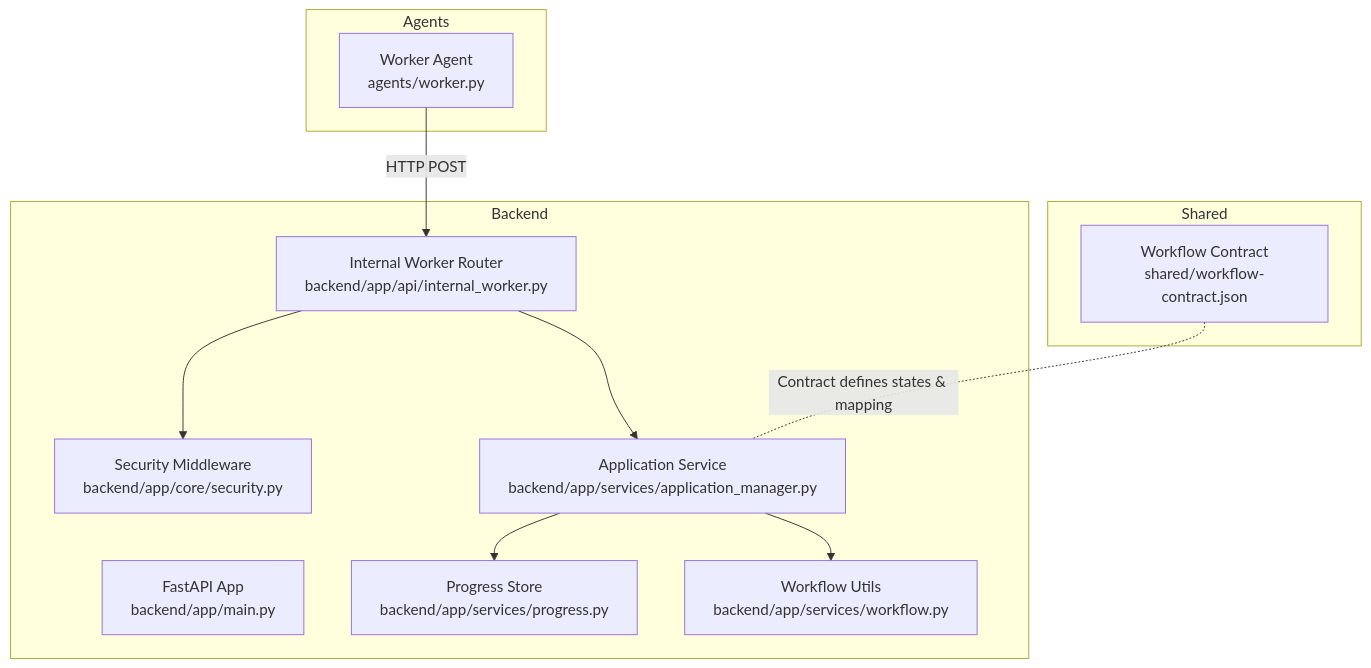
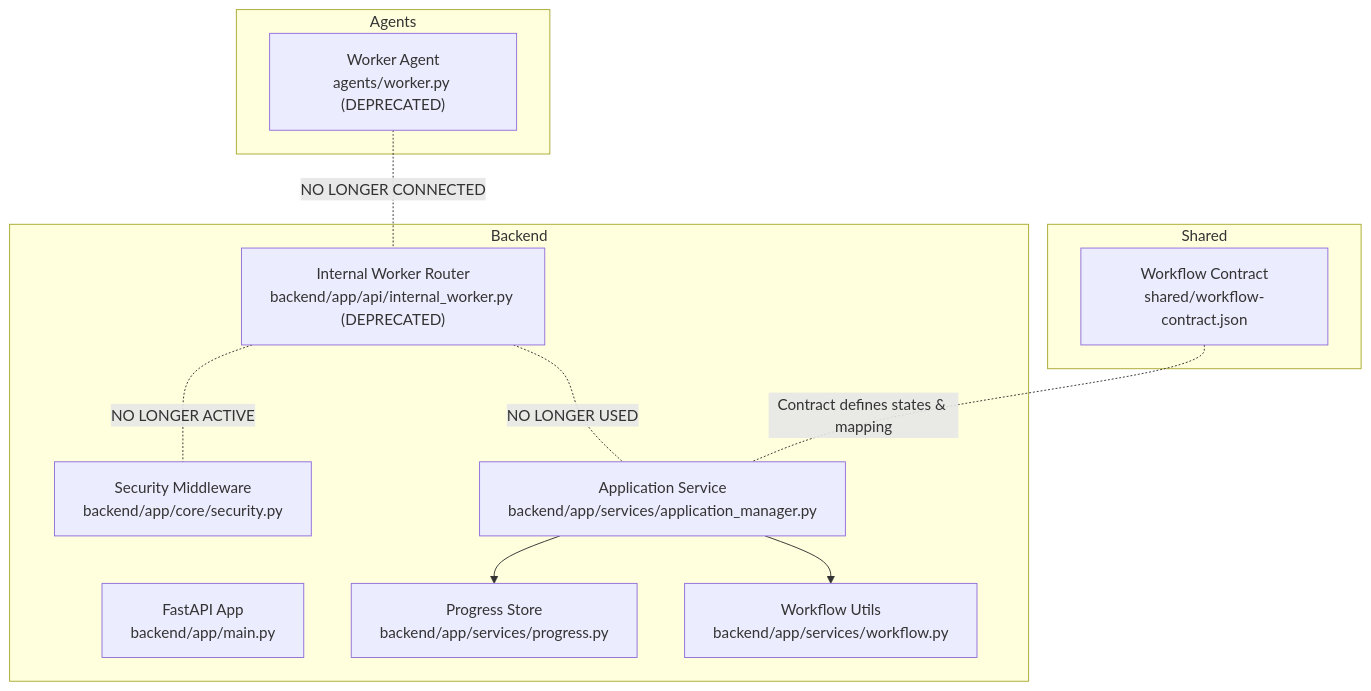
One commit to sankaL/resume-app changed the first of 3 diagrams in .qoder/repowiki/en/content/Backend API/API Endpoints/Internal Worker API.md. Above: the diagram before and after it, drawn with Mermaid. The commit also changed other lines of this file and 7 other files, not shown here.

````diff
--- a/.qoder/repowiki/en/content/Backend API/API Endpoints/Internal Worker API.md
+++ b/.qoder/repowiki/en/content/Backend API/API Endpoints/Internal Worker API.md
@@ -41,23 +51,23 @@
 ```mermaid
 graph TB
 subgraph "Backend"
 A["FastAPI App<br/>backend/app/main.py"]
-B["Internal Worker Router<br/>backend/app/api/internal_worker.py"]
+B["Internal Worker Router<br/>backend/app/api/internal_worker.py (DEPRECATED)"]
 C["Security Middleware<br/>backend/app/core/security.py"]
 D["Application Service<br/>backend/app/services/application_manager.py"]
 E["Progress Store<br/>backend/app/services/progress.py"]
 F["Workflow Utils<br/>backend/app/services/workflow.py"]
 end
 subgraph "Agents"
-G["Worker Agent<br/>agents/worker.py"]
+G["Worker Agent<br/>agents/worker.py (DEPRECATED)"]
 end
 subgraph "Shared"
 H["Workflow Contract<br/>shared/workflow-contract.json"]
 end
-G --> |"HTTP POST"| B
-B --> C
-B --> D
+G -. "NO LONGER CONNECTED" .- B
+B -. "NO LONGER ACTIVE" .- C
+B -. "NO LONGER USED" .- D
 D --> E
 D --> F
 H -. "Contract defines states & mapping" .- D
 ```
````
